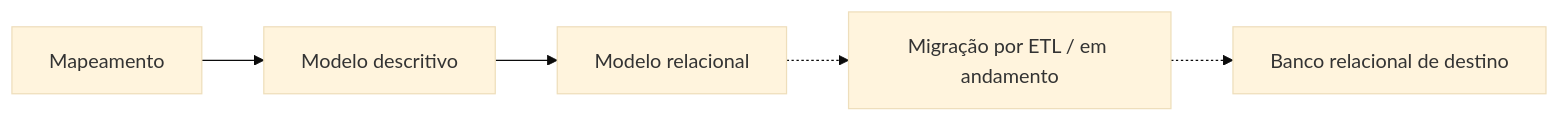
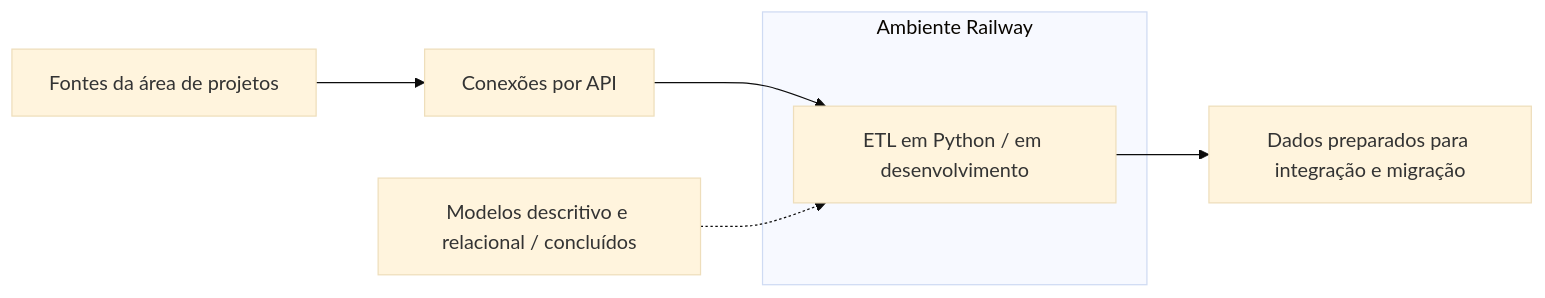
One commit to Erikbq/engineering-case-studies changed the diagram in engenharia-de-dados.md. Above: the diagram before and after it, drawn with Mermaid (base theme). The commit also changed other lines of this file and 3 other files, not shown here.

````diff
--- a/engenharia-de-dados.md
+++ b/engenharia-de-dados.md
@@ -49,7 +50,10 @@
 ```mermaid
 flowchart LR
-    M["Mapeamento"] --> D["Modelo descritivo"]
-    D --> R["Modelo relacional"]
-    R -.-> E["Migração por ETL / em andamento"]
-    E -.-> B["Banco relacional de destino"]
+    F["Fontes da área de projetos"] --> A["Conexões por API"]
+    subgraph R["Ambiente Railway"]
+        E["ETL em Python / em desenvolvimento"]
+    end
+    A --> E
+    M["Modelos descritivo e relacional / concluídos"] -.-> E
+    E --> D["Dados preparados para integração e migração"]
 ```
````
